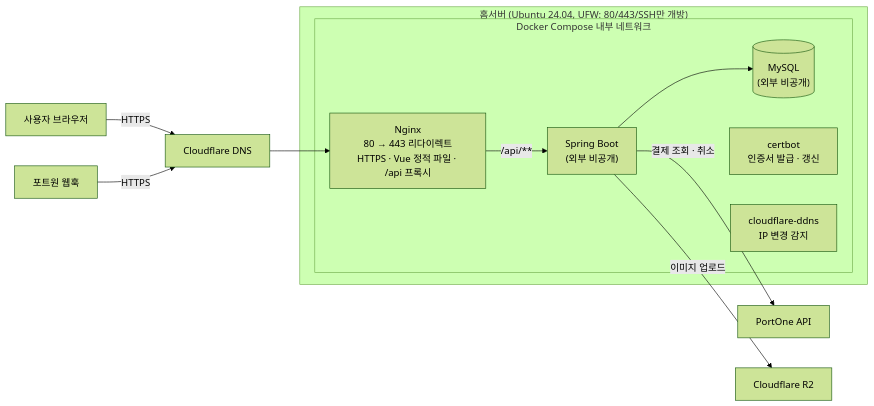
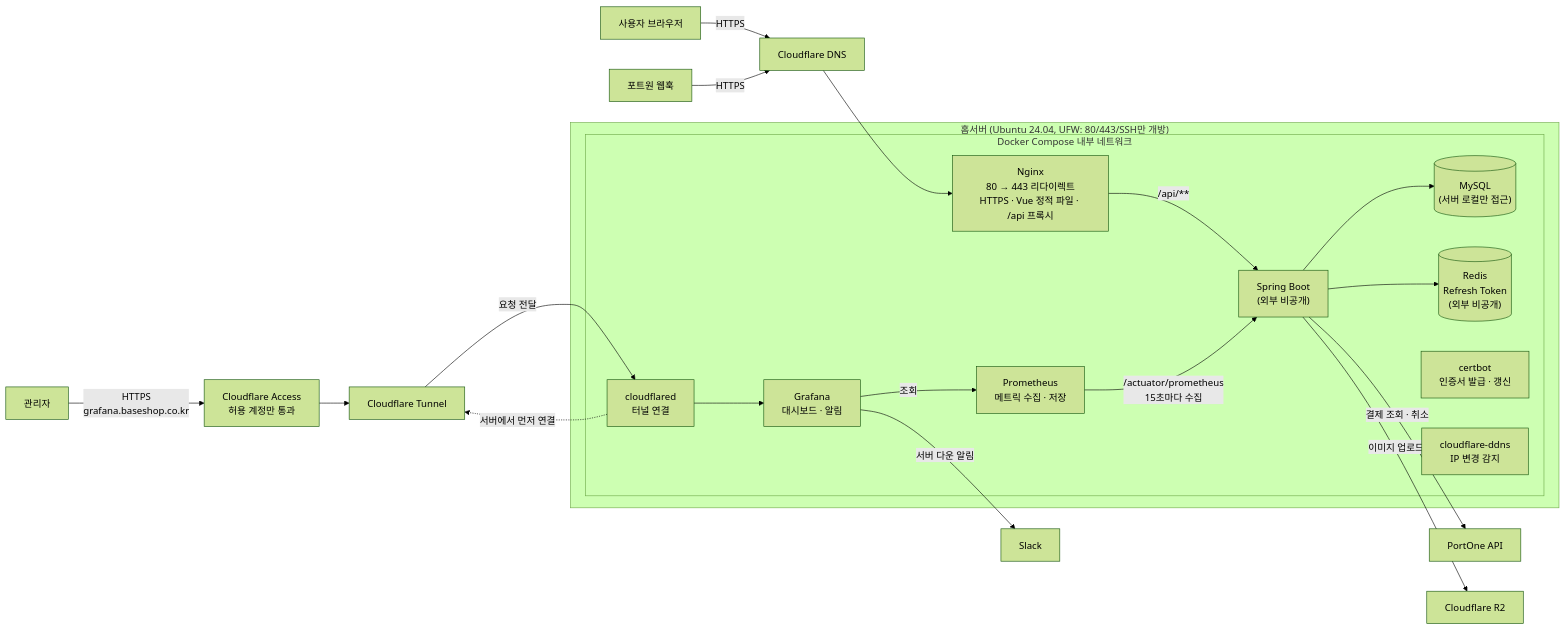
The first of 3 diagrams in README.md (junghun92/baseshop), drawn with Mermaid (forest theme) before and after one commit. The commit also changed other lines of this file, not shown here.

````diff
--- a/README.md
+++ b/README.md
@@ -46,19 +48,32 @@
 ```mermaid
 flowchart LR
     U["사용자 브라우저"] -->|"HTTPS"| CF["Cloudflare DNS"]
     PO["포트원 웹훅"] -->|"HTTPS"| CF
     CF --> N
+    ADM["관리자"] -->|"HTTPS<br>grafana.baseshop.co.kr"| ACC["Cloudflare Access<br>허용 계정만 통과"]
+    ACC --> TUN["Cloudflare Tunnel"]
     subgraph S["홈서버 (Ubuntu 24.04, UFW: 80/443/SSH만 개방)"]
         subgraph D["Docker Compose 내부 네트워크"]
             N["Nginx<br>80 → 443 리다이렉트<br>HTTPS · Vue 정적 파일 · /api 프록시"]
             SP["Spring Boot<br>(외부 비공개)"]
-            DB[("MySQL<br>(외부 비공개)")]
+            DB[("MySQL<br>(서버 로컬만 접근)")]
+            RD[("Redis<br>Refresh Token<br>(외부 비공개)")]
             C["certbot<br>인증서 발급 · 갱신"]
             DD["cloudflare-ddns<br>IP 변경 감지"]
+            PR["Prometheus<br>메트릭 수집 · 저장"]
+            GF["Grafana<br>대시보드 · 알림"]
+            CFD["cloudflared<br>터널 연결"]
         end
     end
     N -->|"/api/**"| SP
     SP --> DB
+    SP --> RD
+    PR -->|"/actuator/prometheus<br>15초마다 수집"| SP
+    GF -->|"조회"| PR
+    CFD -.->|"서버에서 먼저 연결"| TUN
+    TUN -->|"요청 전달"| CFD
+    CFD --> GF
+    GF -->|"서버 다운 알림"| SL["Slack"]
     SP -->|"결제 조회 · 취소"| PG["PortOne API"]
     SP -->|"이미지 업로드"| R2["Cloudflare R2"]
 ```
````
